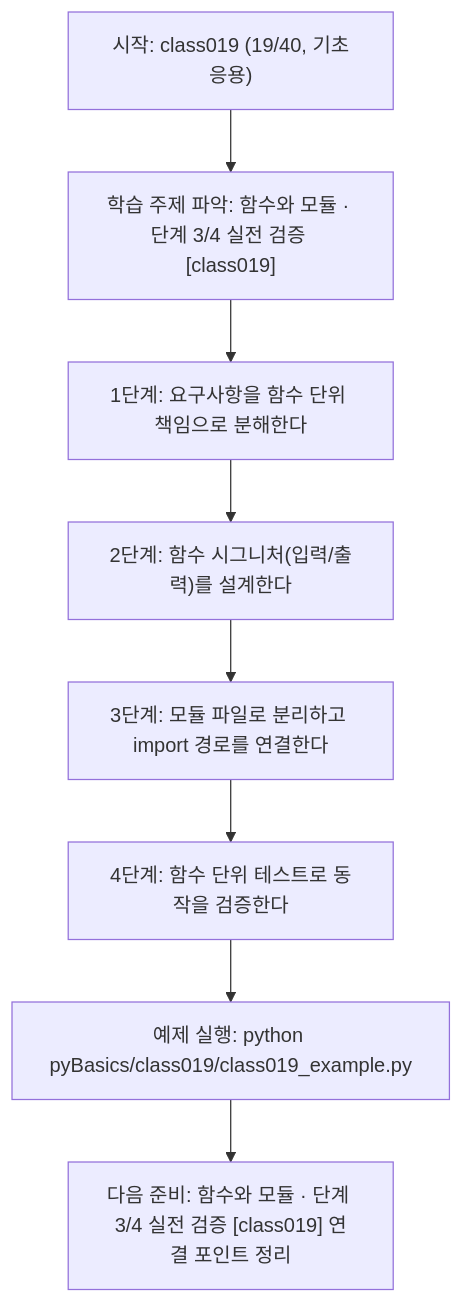
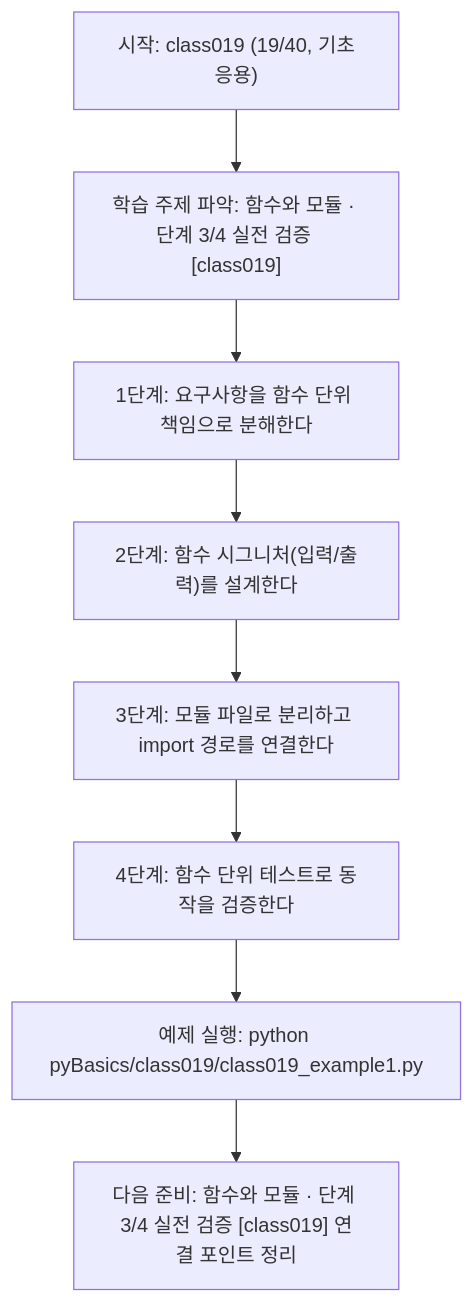
The diagram in pyBasics/class019/class019.md (edumgt/Python-AI_Agent-Class), drawn with Mermaid before and after one commit. The commit also changed other lines of this file and 2959 other files, not shown here.

````diff
--- a/pyBasics/class019/class019.md
+++ b/pyBasics/class019/class019.md
@@ -109,18 +109,18 @@
 ```mermaid
 flowchart TD
 N1["시작: class019 (19/40, 기초응용)"]
 N2["학습 주제 파악: 함수와 모듈 · 단계 3/4 실전 검증 [class019]"]
 N3["1단계: 요구사항을 함수 단위 책임으로 분해한다"]
 N4["2단계: 함수 시그니처(입력/출력)를 설계한다"]
 N5["3단계: 모듈 파일로 분리하고 import 경로를 연결한다"]
 N6["4단계: 함수 단위 테스트로 동작을 검증한다"]
-N7["예제 실행: python pyBasics/class019/class019_example.py"]
+N7["예제 실행: python pyBasics/class019/class019_example1.py"]
 N8["다음 준비: 함수와 모듈 · 단계 3/4 실전 검증 [class019] 연결 포인트 정리"]
 N1 --> N2
 N2 --> N3
 N3 --> N4
 N4 --> N5
 N5 --> N6
 N6 --> N7
 N7 --> N8
 ```
````
